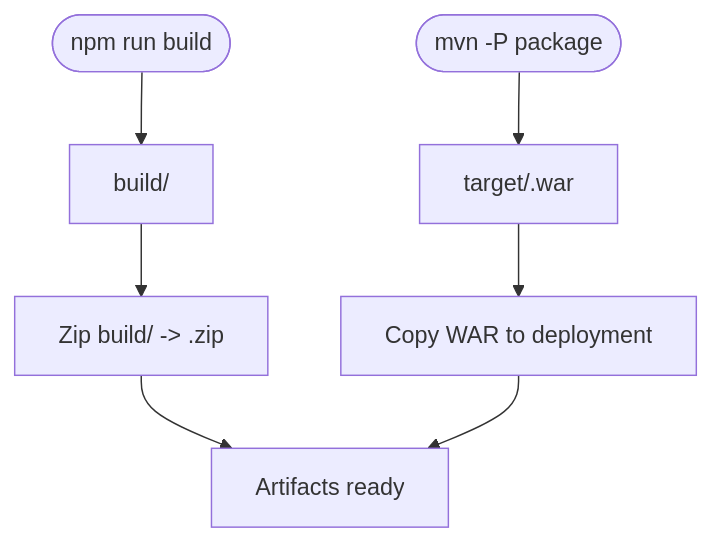
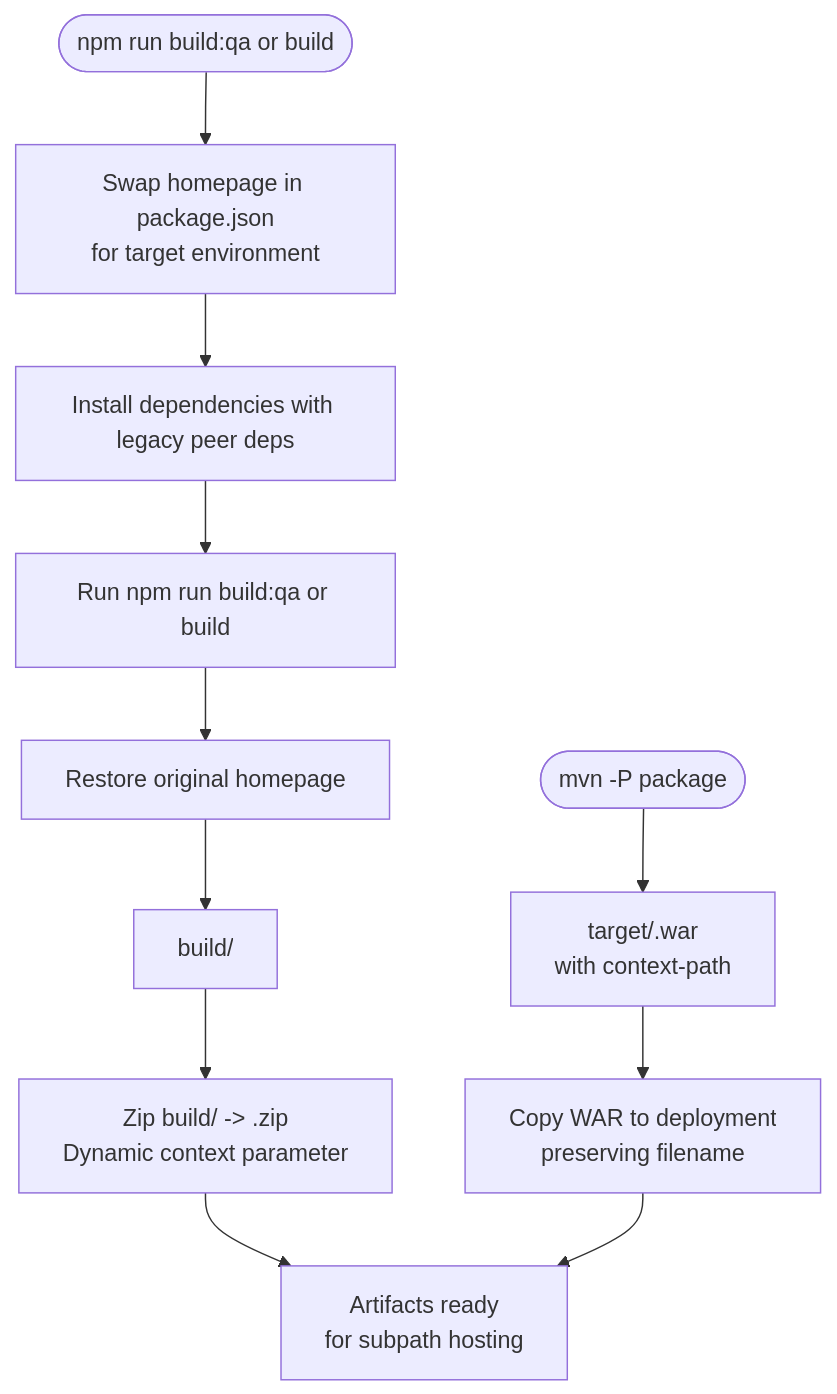
The fifth of 10 diagrams in .qoder/repowiki/en/content/Deployment & Operations.md (Vissel/badminton-court-management), drawn with Mermaid before and after one commit. The commit also changed other lines of this file and 36 other files, not shown here.

````diff
--- a/.qoder/repowiki/en/content/Deployment & Operations.md
+++ b/.qoder/repowiki/en/content/Deployment & Operations.md
@@ -202,9 +234,13 @@
 ```mermaid
 flowchart TD
-Start(["npm run build"]) --> BuildDir["build/"]
-BuildDir --> ZipFE["Zip build/ -> <context>.zip"]
-Start2(["mvn -P<env> package"]) --> WarOut["target/<finalName>.war"]
-WarOut --> CopyWar["Copy WAR to deployment"]
-ZipFE --> Ready["Artifacts ready"]
+Start(["npm run build:qa or build"]) --> SwapHomepage["Swap homepage in package.json<br/>for target environment"]
+SwapHomepage --> InstallDeps["Install dependencies with legacy peer deps"]
+InstallDeps --> BuildCmd["Run npm run build:qa or build"]
+BuildCmd --> RestoreHomepage["Restore original homepage"]
+RestoreHomepage --> BuildDir["build/"]
+BuildDir --> ZipFE["Zip build/ -> <context>.zip<br/>Dynamic context parameter"]
+Start2(["mvn -P<env> package"]) --> WarOut["target/<finalName>.war<br/>with context-path"]
+WarOut --> CopyWar["Copy WAR to deployment<br/>preserving filename"]
+ZipFE --> Ready["Artifacts ready<br/>for subpath hosting"]
 CopyWar --> Ready
 ```
````
